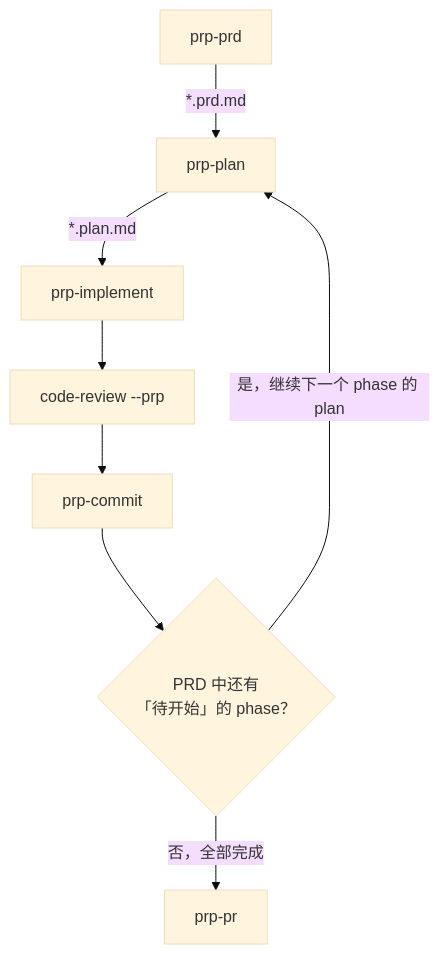
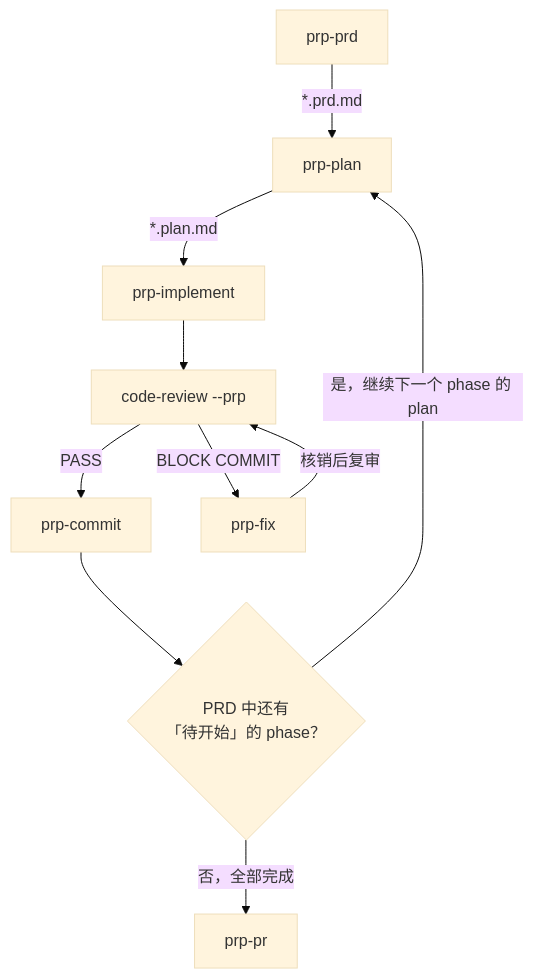
One commit to AIMeta3S/ECC-study- changed the diagram in custom-install/aimeta3s/install-src/docs/command-helper.md. Above: the diagram before and after it, drawn with Mermaid (base theme). The commit also changed other lines of this file and 6 other files, not shown here.

````diff
--- a/custom-install/aimeta3s/install-src/docs/command-helper.md
+++ b/custom-install/aimeta3s/install-src/docs/command-helper.md
@@ -113,10 +115,12 @@
 ```mermaid
 flowchart TD
     A["prp-prd"] -->|"*.prd.md"| B["prp-plan"]
     B -->|"*.plan.md"| C["prp-implement"]
     C --> G["code-review --prp"]
-    G --> E["prp-commit"]
+    G -->|"PASS"| E["prp-commit"]
+    G -->|"BLOCK COMMIT"| H["prp-fix"]
+    H -->|"核销后复审"| G
     E --> D{"PRD 中还有<br/>「待开始」的 phase？"}
     D -->|是，继续下一个 phase 的 plan| B
     D -->|否，全部完成| F["prp-pr"]
 ```
````
